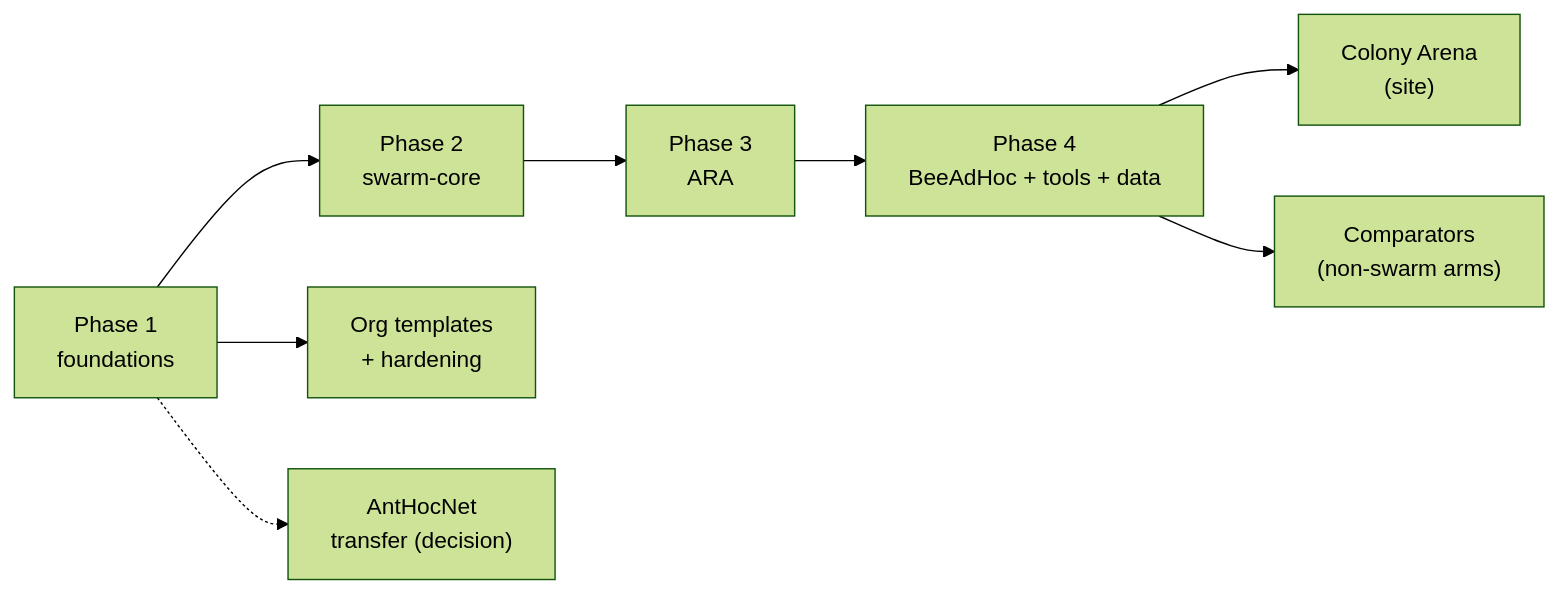
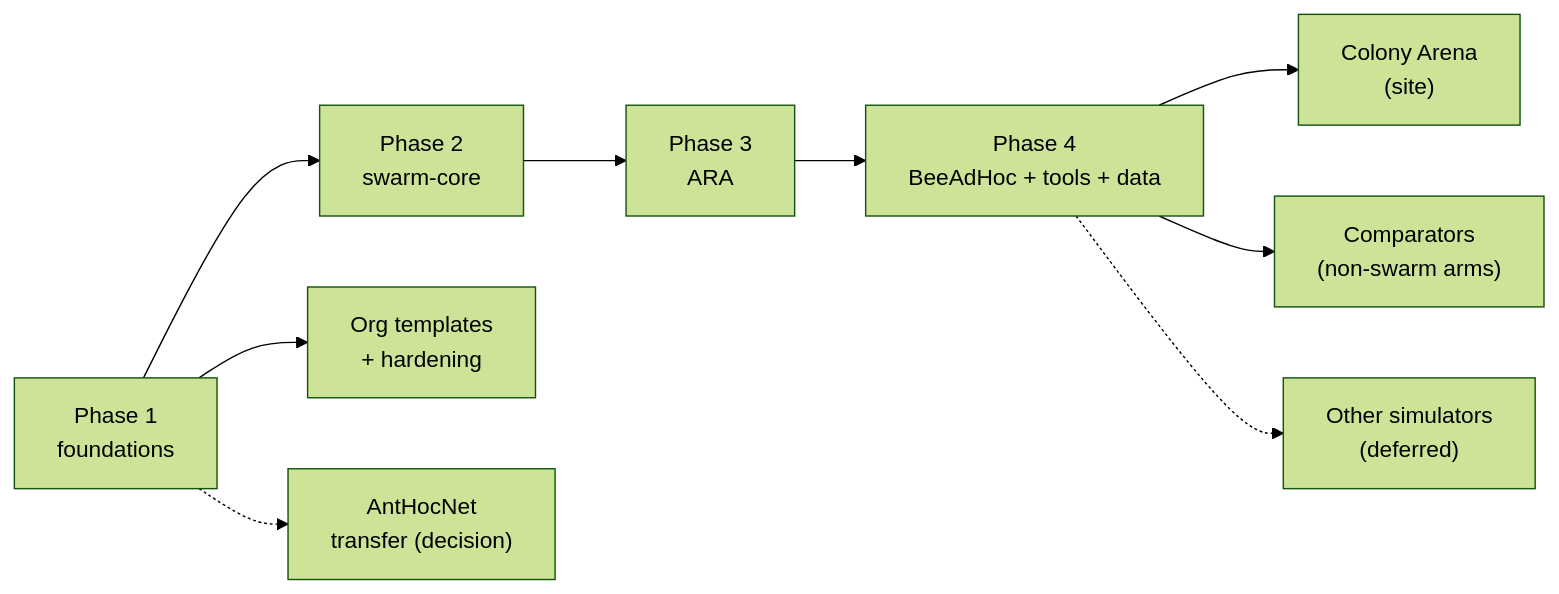
The diagram in ROADMAP.md (swarm-routing/.github), drawn with Mermaid (forest theme) before and after one commit. The commit also changed other lines of this file, not shown here.

First line of the commit message:
docs(roadmap): plan container and tooling repos for other simulators, deferred (#49)

````diff
--- a/ROADMAP.md
+++ b/ROADMAP.md
@@ -18,10 +18,11 @@
 ```mermaid
 flowchart LR
   P1["Phase 1<br/>foundations"] --> P2["Phase 2<br/>swarm-core"]
   P2 --> P3["Phase 3<br/>ARA"]
   P3 --> P4["Phase 4<br/>BeeAdHoc + tools + data"]
   P4 --> S["Colony Arena<br/>(site)"]
   P1 --> O["Org templates<br/>+ hardening"]
   P4 --> C["Comparators<br/>(non-swarm arms)"]
   P1 -.-> T["AntHocNet<br/>transfer (decision)"]
+  P4 -.-> X["Other simulators<br/>(deferred)"]
 ```
````
